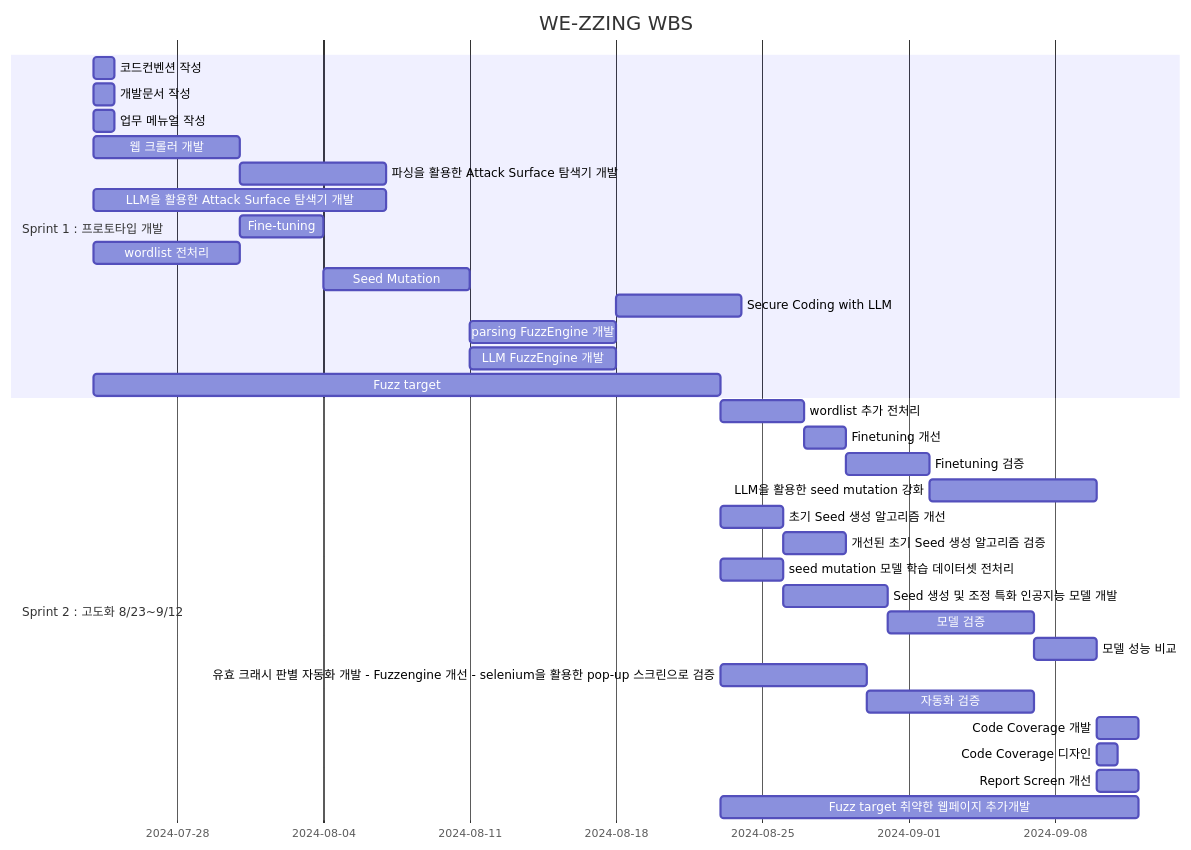
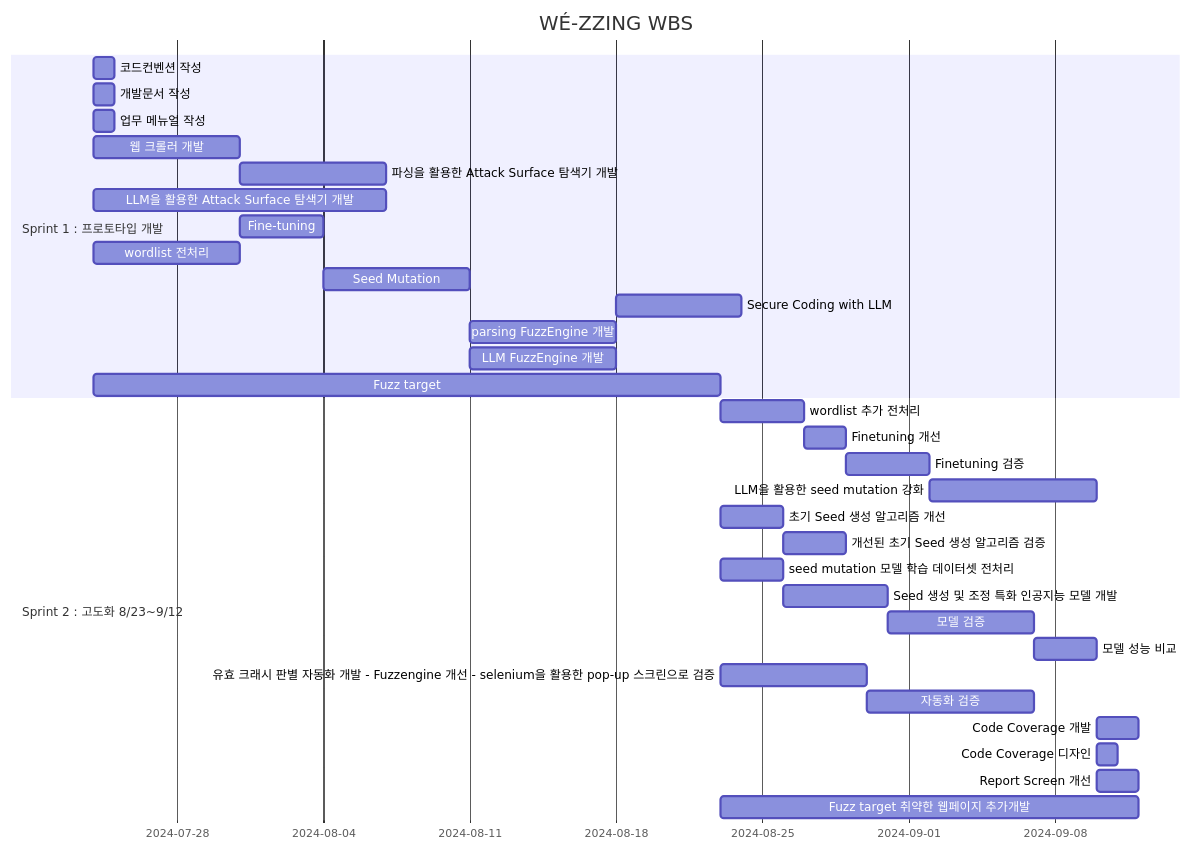
Before and after one commit to www-spam/--: the diagram in README.md, drawn with Mermaid.

````diff
--- a/README.md
+++ b/README.md
@@ -2,40 +2,40 @@
 ```mermaid
 gantt
-    title WE-ZZING WBS
+    title WÉ-ZZING WBS
     dateFormat  YY-MM-DD
     section Sprint 1 : 프로토타입 개발
 
 	코드컨벤션 작성                   : 2024-07-24, 1d
         개발문서 작성                               :2024-07-24, 1d
         업무 메뉴얼 작성                             :2024-07-24, 1d
         웹 크롤러 개발         :2024-07-24, 7d
 	파싱을 활용한 Attack Surface 탐색기 개발 : 2024-07-31, 7d
         LLM을 활용한 Attack Surface 탐색기 개발      :2024-07-24, 14d
         Fine-tuning                                 :2024-07-31, 4d
 	wordlist 전처리                                :2024-07-24, 7d
         Seed Mutation                               :2024-08-04, 7d
         Secure Coding with LLM                      :2024-08-18, 6d
         parsing FuzzEngine 개발                             :2024-08-11, 7d
 	LLM FuzzEngine 개발                          :2024-08-11, 7d
         Fuzz target : 취약한 웹페이지 개발            :2024-07-24, 30d
 
 	
     section Sprint 2 : 고도화 8/23~9/12
        	wordlist 추가 전처리 : 2024-08-23, 4d
 	Finetuning 개선	             :2024-08-27, 2d
 	Finetuning 검증             :2024-08-29, 4d
  	LLM을 활용한 seed mutation 강화 : 프롬프트 튜닝&엔지니어링          :2024-09-02, 8d
 	초기 Seed 생성 알고리즘 개선 :2024-08-23, 3d
 	개선된 초기 Seed 생성 알고리즘 검증 :2024-08-26, 3d
 	seed mutation 모델 학습 데이터셋 전처리 : 2024-08-23, 3d
         Seed 생성 및 조정 특화 인공지능 모델 개발           :2024-08-26, 5d
         모델 검증                                    :2024-08-31, 7d
         모델 성능 비교                                :2024-09-07, 3d
         유효 크래시 판별 자동화 개발 - Fuzzengine 개선 - selenium을 활용한 pop-up 스크린으로 검증        :2024-08-23, 7d
         자동화 검증                                  :2024-08-30, 8d
         Code Coverage 개발                                 :2024-09-10, 2d
 	Code Coverage 디자인                  :2024-09-10, 1d
         Report Screen 개선                           :2024-09-10, 2d
         Fuzz target 취약한 웹페이지 추가개발          : 2024-08-23, 20d
 
 ```
````
